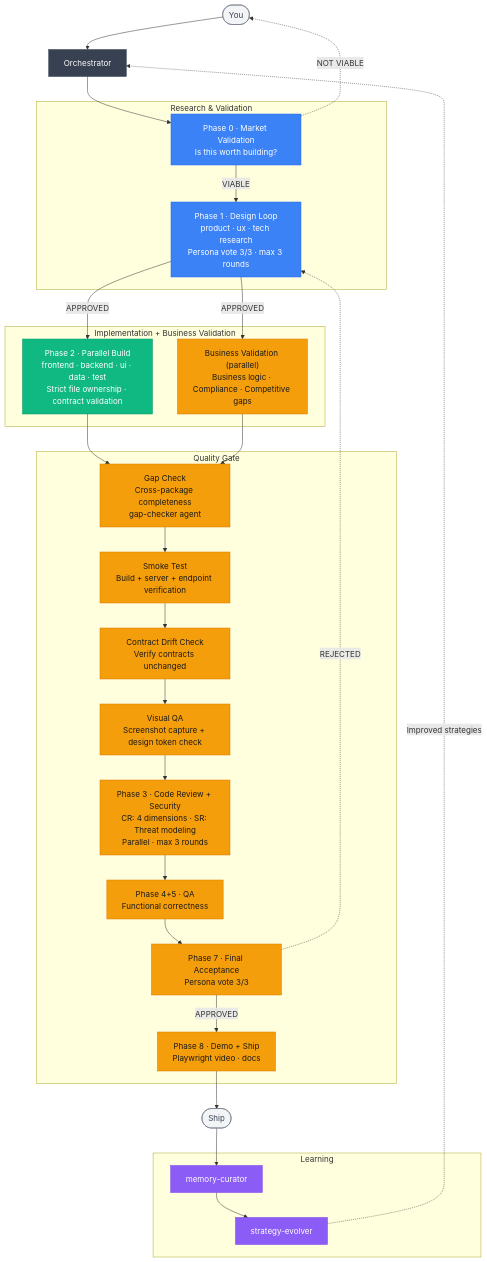
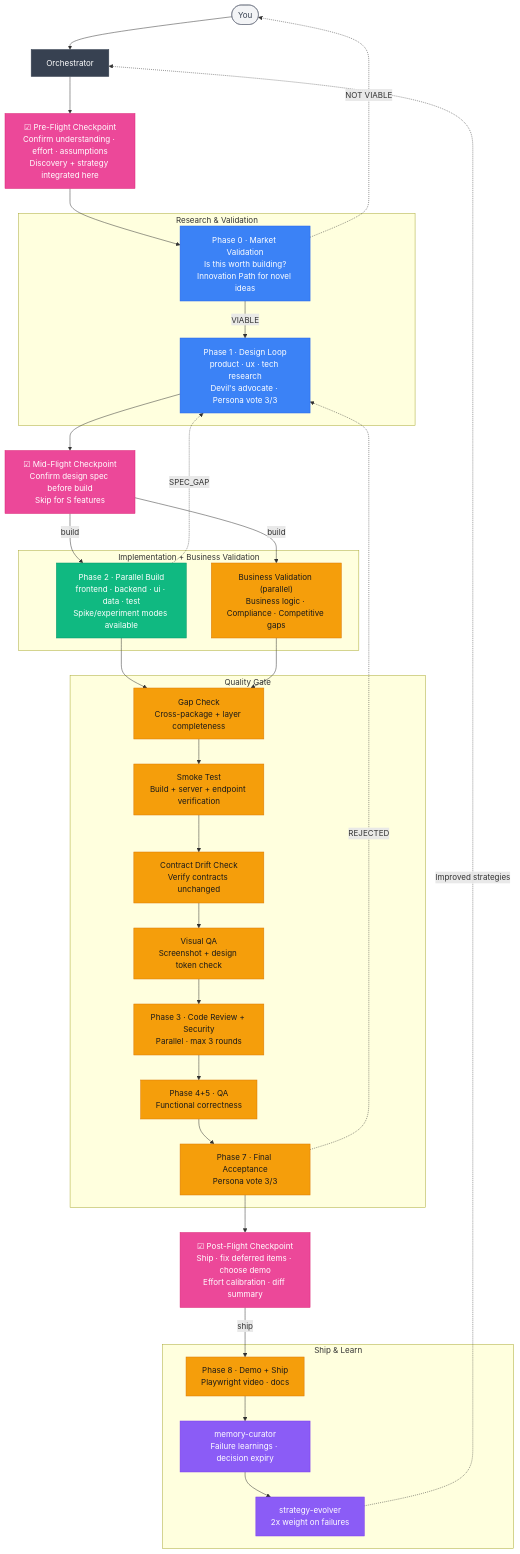
The diagram in README.md (zee-sandev/solo-dev), drawn with Mermaid before and after one commit. The commit also changed other lines of this file and 23 other files, not shown here.

First line of the commit message:
feat: add 12 anti-bias systems, spike/experiment modes, effort calibration, and 22-agent architecture

````diff
--- a/README.md
+++ b/README.md
@@ -215,57 +218,67 @@
 ```mermaid
 flowchart TD
     classDef orch fill:#374151,color:#fff,stroke:#374151
     classDef research fill:#3b82f6,color:#fff,stroke:#2563eb
     classDef impl fill:#10b981,color:#fff,stroke:#059669
     classDef quality fill:#f59e0b,color:#1a1a1a,stroke:#d97706
     classDef memory fill:#8b5cf6,color:#fff,stroke:#7c3aed
     classDef terminal fill:#f3f4f6,stroke:#6b7280,color:#374151
+    classDef checkpoint fill:#ec4899,color:#fff,stroke:#db2777
 
     U([You]):::terminal --> O[Orchestrator]:::orch
 
+    O --> PF["☑ Pre-Flight Checkpoint<br/>Confirm understanding · effort · assumptions<br/>Discovery + strategy integrated here"]:::checkpoint
+
     subgraph RESEARCH["  Research & Validation  "]
-        P0["Phase 0 · Market Validation<br/>Is this worth building?"]:::research
-        P12["Phase 1 · Design Loop<br/>product · ux · tech research<br/>Persona vote 3/3 · max 3 rounds"]:::research
+        P0["Phase 0 · Market Validation<br/>Is this worth building?<br/>Innovation Path for novel ideas"]:::research
+        P12["Phase 1 · Design Loop<br/>product · ux · tech research<br/>Devil's advocate · Persona vote 3/3"]:::research
     end
 
+    PF --> P0
+    P0 -->|VIABLE| P12
+    P0 -.->|NOT VIABLE| U
+
+    P12 --> MF["☑ Mid-Flight Checkpoint<br/>Confirm design spec before build<br/>Skip for S features"]:::checkpoint
+
     subgraph IMPL["  Implementation + Business Validation  "]
-        P2["Phase 2 · Parallel Build<br/>frontend · backend · ui · data · test<br/>Strict file ownership · contract validation"]:::impl
+        P2["Phase 2 · Parallel Build<br/>frontend · backend · ui · data · test<br/>Spike/experiment modes available"]:::impl
         BV["Business Validation (parallel)<br/>Business logic · Compliance · Competitive gaps"]:::quality
     end
 
+    MF -->|build| P2
+    MF -->|build| BV
+    P2 -.->|SPEC_GAP| P12
+
     subgraph QUALITY["  Quality Gate  "]
-        GC["Gap Check<br/>Cross-package completeness<br/>gap-checker agent"]:::quality
+        GC["Gap Check<br/>Cross-package + layer completeness"]:::quality
         ST["Smoke Test<br/>Build + server + endpoint verification"]:::quality
         DCH["Contract Drift Check<br/>Verify contracts unchanged"]:::quality
-        VQA["Visual QA<br/>Screenshot capture + design token check"]:::quality
-        P3["Phase 3 · Code Review + Security<br/>CR: 4 dimensions · SR: Threat modeling<br/>Parallel · max 3 rounds"]:::quality
+        VQA["Visual QA<br/>Screenshot + design token check"]:::quality
+        P3["Phase 3 · Code Review + Security<br/>Parallel · max 3 rounds"]:::quality
         P45["Phase 4+5 · QA<br/>Functional correctness"]:::quality
         P7["Phase 7 · Final Acceptance<br/>Persona vote 3/3"]:::quality
-        P8["Phase 8 · Demo + Ship<br/>Playwright video · docs"]:::quality
     end
 
-    subgraph LEARNING["  Learning  "]
-        MC[memory-curator]:::memory
-        SE[strategy-evolver]:::memory
-    end
-
-    O --> P0
-    P0 -->|VIABLE| P12
-    P0 -.->|NOT VIABLE| U
-    P12 -->|APPROVED| P2
-    P12 -->|APPROVED| BV
     P2 --> GC
     BV --> GC
     GC --> ST
     ST --> DCH
     DCH --> VQA
     VQA --> P3
     P3 --> P45
     P45 --> P7
-    P7 -->|APPROVED| P8
     P7 -.->|REJECTED| P12
-    P8 --> SHIP([Ship]):::terminal
-    SHIP --> MC
+
+    P7 --> POF["☑ Post-Flight Checkpoint<br/>Ship · fix deferred items · choose demo<br/>Effort calibration · diff summary"]:::checkpoint
+
+    subgraph SHIP_LEARN["  Ship & Learn  "]
+        P8["Phase 8 · Demo + Ship<br/>Playwright video · docs"]:::quality
+        MC[memory-curator<br/>Failure learnings · decision expiry]:::memory
+        SE[strategy-evolver<br/>2x weight on failures]:::memory
+    end
+
+    POF -->|ship| P8
+    P8 --> MC
     MC --> SE
     SE -.->|Improved strategies| O
 ```
````
